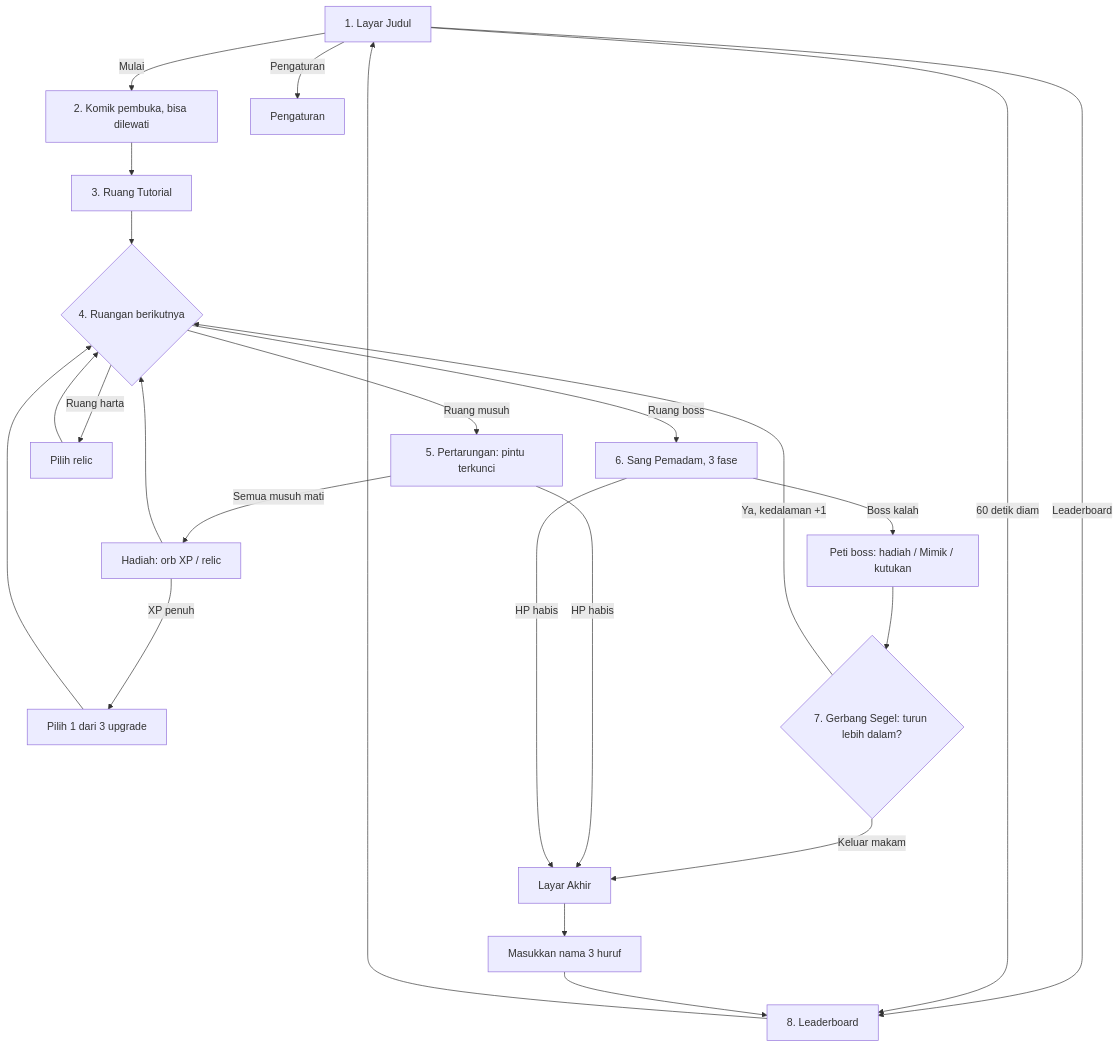
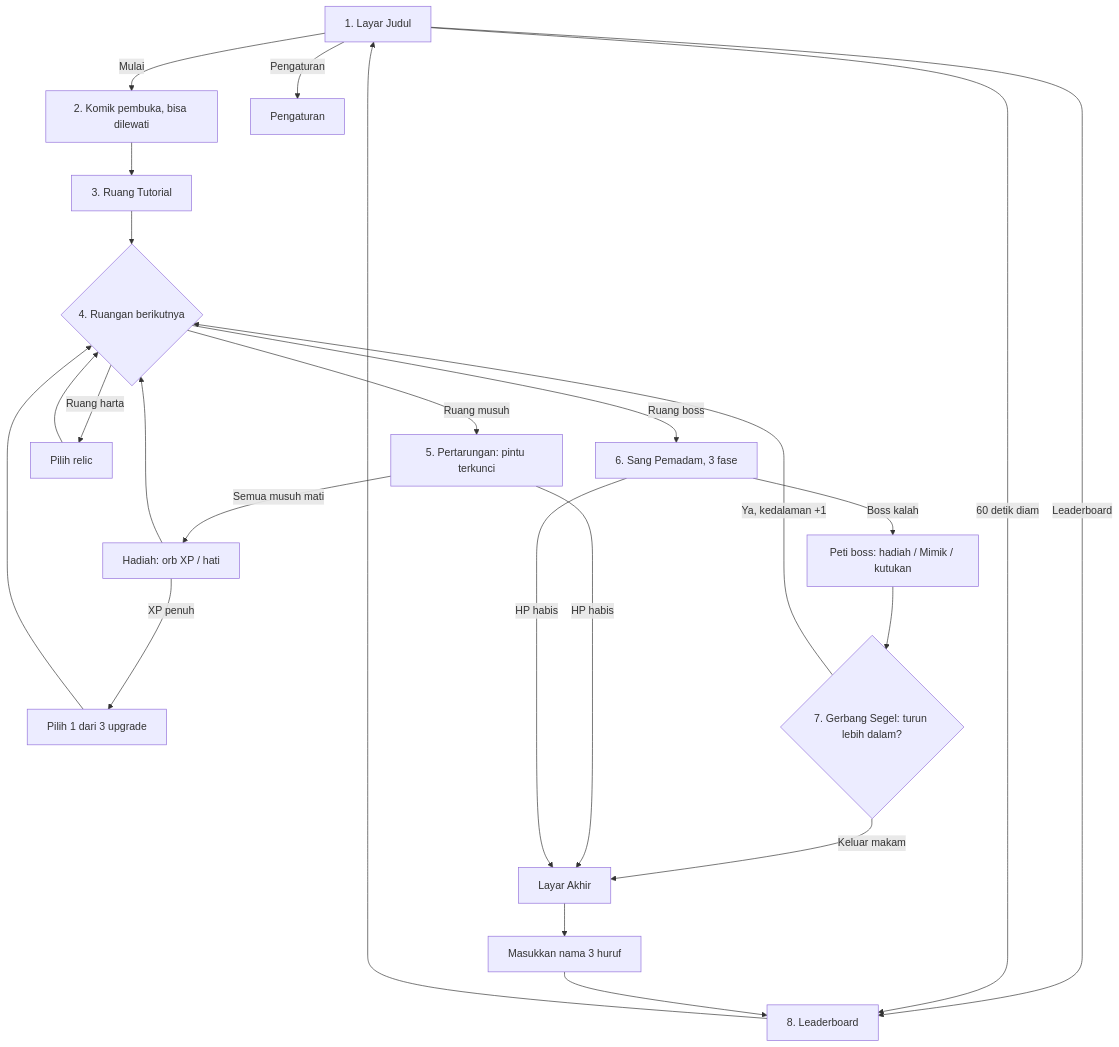
Before and after one commit to Vrexuro/Runecrypt: the diagram in Docs/GDD.md, drawn with Mermaid. The commit also changed other lines of this file and 1 other file, not shown here.

Commit message:
docs: relic sebelum boss hanya dari ruang harta (1 pasti, kedua 10%)

````diff
--- a/Docs/GDD.md
+++ b/Docs/GDD.md
@@ -100,23 +100,23 @@
 ```mermaid
 flowchart TD
     A[1. Layar Judul] -->|Mulai| B[2. Komik pembuka, bisa dilewati]
     A -->|Leaderboard| L[8. Leaderboard]
     A -->|Pengaturan| S[Pengaturan]
     A -->|60 detik diam| L
     B --> C[3. Ruang Tutorial]
     C --> D{4. Ruangan berikutnya}
     D -->|Ruang musuh| E[5. Pertarungan: pintu terkunci]
-    E -->|Semua musuh mati| F[Hadiah: orb XP / relic]
+    E -->|Semua musuh mati| F[Hadiah: orb XP / hati]
     F -->|XP penuh| U[Pilih 1 dari 3 upgrade]
     U --> D
     F --> D
     D -->|Ruang harta| T[Pilih relic] --> D
     D -->|Ruang boss| G[6. Sang Pemadam, 3 fase]
     G -->|Boss kalah| P[Peti boss: hadiah / Mimik / kutukan] --> H{7. Gerbang Segel: turun lebih dalam?}
     H -->|Ya, kedalaman +1| D
     H -->|Keluar makam| I[Layar Akhir]
     E -->|HP habis| I
     G -->|HP habis| I
     I --> N[Masukkan nama 3 huruf] --> L
     L --> A
 ```
````
